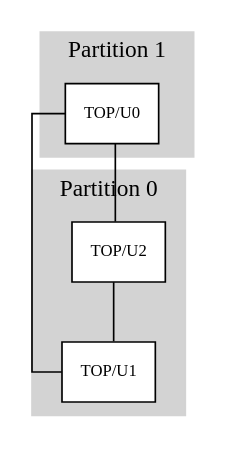
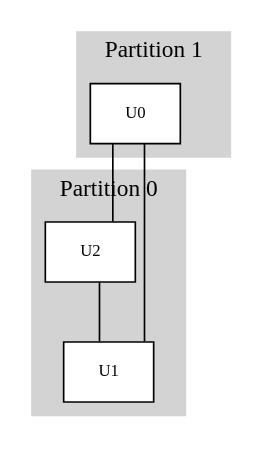
The diagram in data/dot/partition_2.dot (d-e-e-p/schematic-from-netlist), drawn with Graphviz before and after one commit. The commit also changed 4 other files, not shown here.

Commit message:
only add connected inst into graph

```diff
--- a/data/dot/partition_2.dot
+++ b/data/dot/partition_2.dot
@@ -1,54 +1,35 @@
 digraph "" {
-	graph [bb="0,0,91,249",
-		overlap=false,
+	graph [overlap=false,
 		rankdir=TB,
 		ratio=auto,
 		splines=ortho
 	];
 	node [fillcolor=white,
 		fontsize=10,
-		label="\N",
 		style=filled
 	];
 	edge [arrowhead=dot,
 		arrowsize=0.0,
 		arrowtail=dot,
 		dir=both,
 		fontsize=8
 	];
 	subgraph cluster_1 {
-		graph [bb="10,164.5,83,241",
-			color=lightgrey,
+		graph [color=lightgrey,
 			label="Partition 1",
-			lheight=0.23,
-			lp="46.5,228.75",
-			lwidth=0.79,
 			style=filled
 		];
-		"TOP/U0"	[height=0.5,
-			pos="45,190.5",
-			shape=box,
-			width=0.75];
+		U0	[shape=box];
 	}
 	subgraph cluster_0 {
-		graph [bb="9,8,82,156.5",
-			color=lightgrey,
+		graph [color=lightgrey,
 			label="Partition 0",
-			lheight=0.23,
-			lp="45.5,144.25",
-			lwidth=0.79,
 			style=filled
 		];
-		"TOP/U1"	[height=0.5,
-			pos="45,34",
-			shape=box,
-			width=0.75];
-		"TOP/U2"	[height=0.5,
-			pos="46,106",
-			shape=box,
-			width=0.75];
-		"TOP/U2" -> "TOP/U1"	[pos="s,45.5,87.831 e,45.5,52.413 45.5,87.831 45.5,87.831 45.5,52.413 45.5,52.413"];
+		U2	[shape=box];
+		U1	[shape=box];
 	}
-	"TOP/U0" -> "TOP/U1"	[pos="s,17.527,191 e,17.527,34 17.527,191 17.527,191 0,191 0,191 0,191 0,34 0,34 0,34 17.527,34 17.527,34"];
-	"TOP/U0" -> "TOP/U2"	[pos="s,45.5,172.16 e,45.5,124.3 45.5,172.16 45.5,172.16 45.5,124.3 45.5,124.3"];
+	U0 -> U2;
+	U0 -> U1;
+	U2 -> U1;
 }
```
